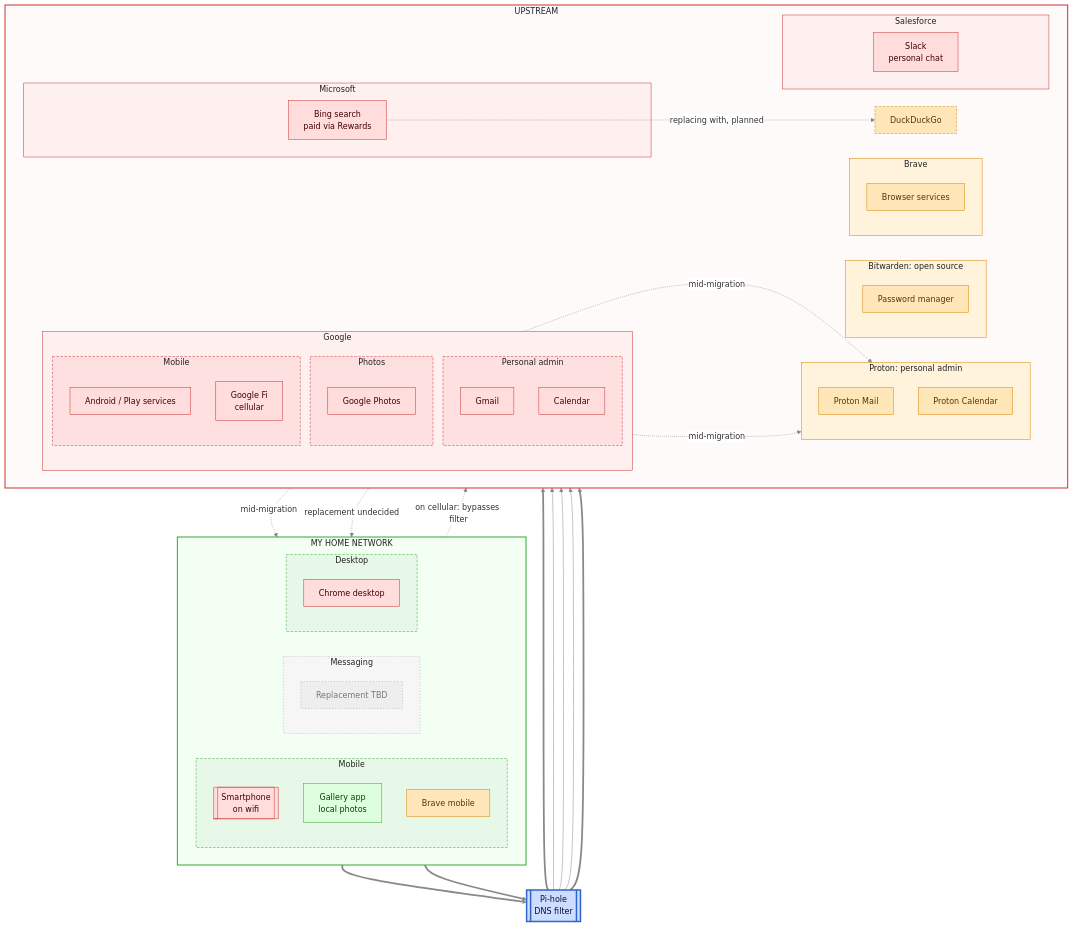
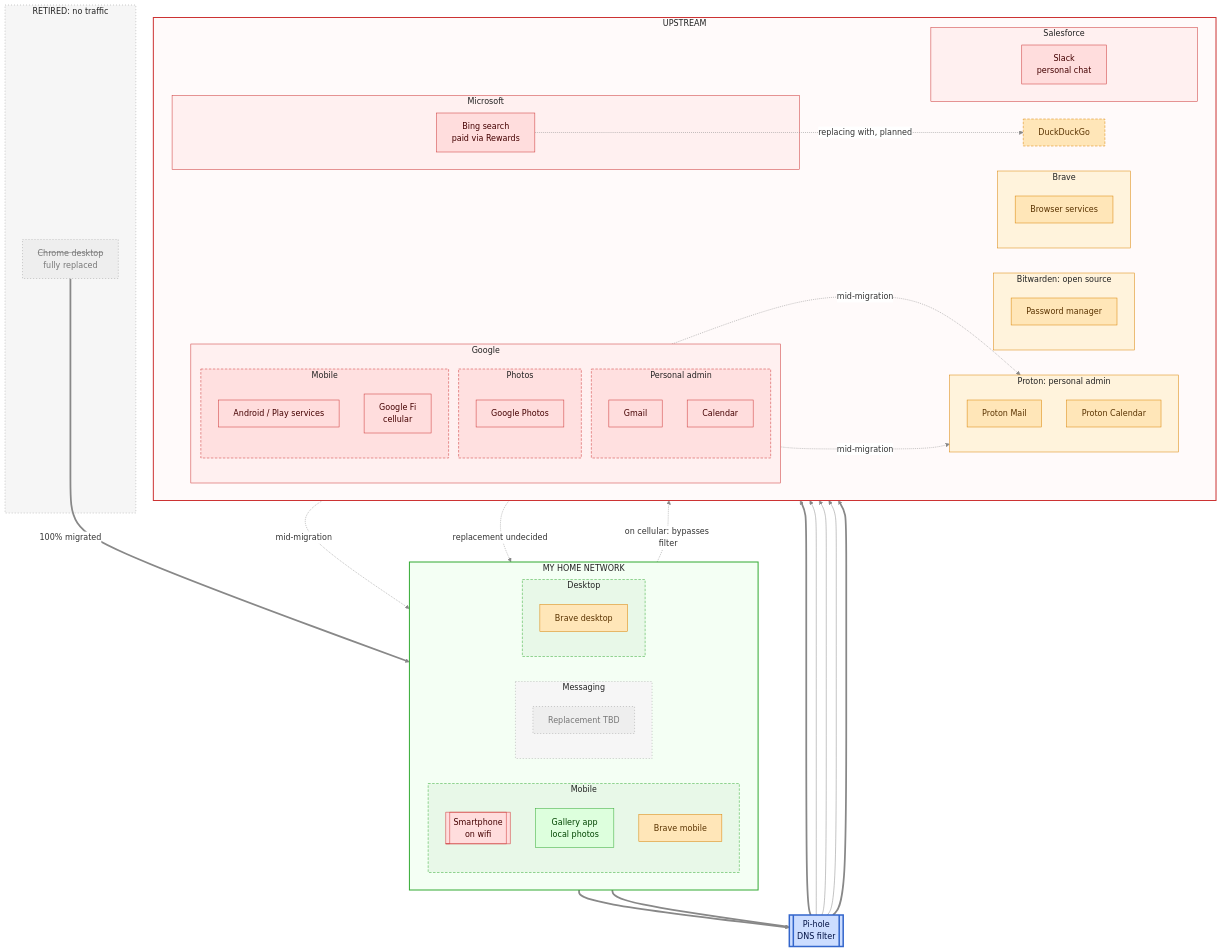
The fourth of 5 diagrams in README.md (lowlydba/torch-the-tech), drawn with Mermaid before and after one commit.

Commit message:
Switch desktop browser from Chrome to Brave

````diff
--- a/README.md
+++ b/README.md
@@ -287,8 +287,12 @@
 
         subgraph h_desktop["Desktop"]
             direction TB
-            chrome[Chrome desktop]
+            brave_d[Brave desktop]
         end
+    end
+
+    subgraph retired["RETIRED: no traffic"]
+        chrome[<s>Chrome desktop</s><br/>fully replaced]
     end
 
     pihole[[Pi-hole<br/>DNS filter]]
@@ -351,6 +355,7 @@
     gmail -. "mid-migration" .-> pmail
     gcal -. "mid-migration" .-> pcal
     gphotos -. "mid-migration" .-> gallery
+    chrome == "100% migrated" ==> brave_d
     slack -. "replacement undecided" .-> chatrep
     bing -. "replacing with, planned" .-> ddgs
 
@@ -359,9 +364,9 @@
     classDef gate fill:#cdf,stroke:#36c,stroke-width:3px,color:#014
     classDef hosted fill:#ffe6b8,stroke:#d98200,color:#5a3300
     classDef gone fill:#eee,stroke:#999,stroke-dasharray: 2 4,color:#777
-    class gmail,gcal,gapps,fi,gphotos,chrome,bing,slack big
-    class chatrep gone
-    class pmail,pcal,bw,bravecloud,brave_m,ddgs hosted
+    class gmail,gcal,gapps,fi,gphotos,bing,slack big
+    class chatrep,chrome gone
+    class pmail,pcal,bw,bravecloud,brave_m,brave_d,ddgs hosted
     class gallery self
     class pixel big
     class pihole gate
@@ -378,6 +383,7 @@
     style msft fill:#fff0f0,stroke:#c33,color:#222
     style ddgs stroke-dasharray: 5 3
     style salesforce fill:#fff0f0,stroke:#c33,color:#222
+    style retired fill:#f6f6f6,stroke:#999,stroke-dasharray: 2 4,color:#222
     style tbd fill:#f6f6f6,stroke:#999,stroke-dasharray: 2 4,color:#222
     style g_photos fill:#ffe0e0,stroke:#c33,stroke-dasharray: 5 3,color:#222
 ```
````
